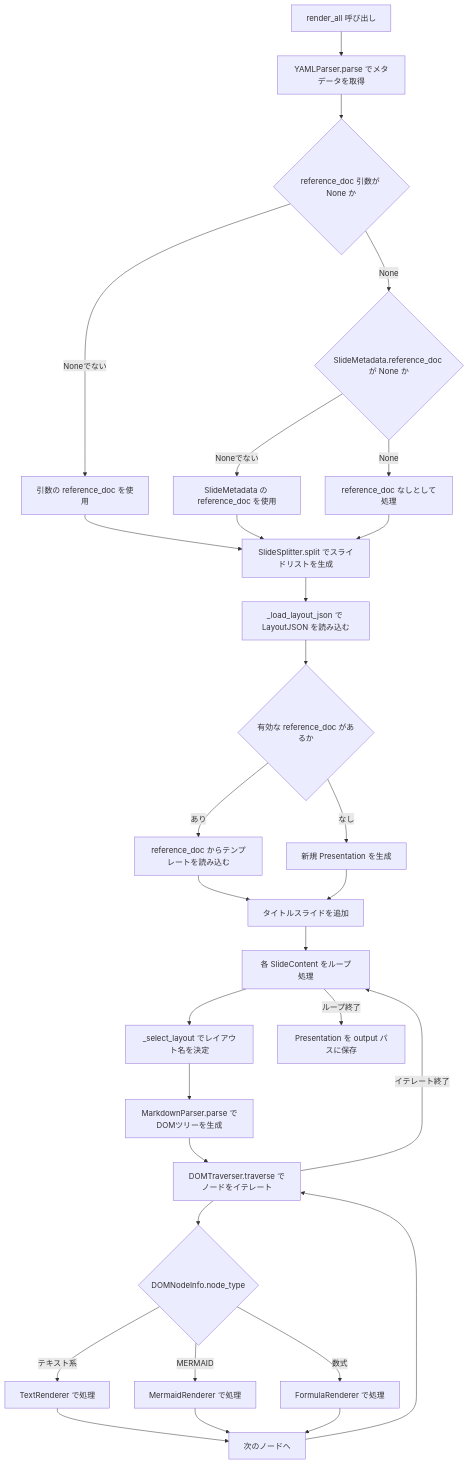
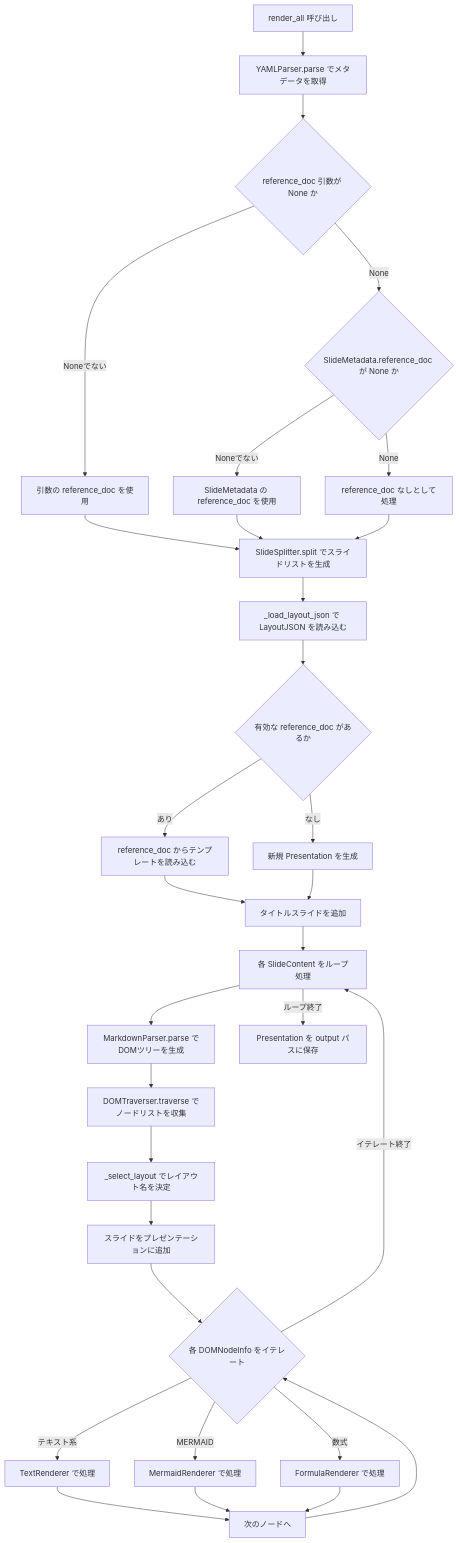
The fifth of 6 diagrams in docs/CLASS_IMPLEMENT_DESIGN.md (notfolder/qmd_to_pptx), drawn with Mermaid before and after one commit. The commit also changed other lines of this file, not shown here.

Commit message:
_select_layout メソッドにノードリスト引数を追加し、レイアウト自動選択ルールを改善。スライド生成フローを更新し、ノード収集処理を明確化。

````diff
--- a/docs/CLASS_IMPLEMENT_DESIGN.md
+++ b/docs/CLASS_IMPLEMENT_DESIGN.md
@@ -520,32 +520,33 @@
 ```mermaid
 flowchart TD
     A[render_all 呼び出し] --> B[YAMLParser.parse でメタデータを取得]
     B --> C{reference_doc 引数が None か}
     C -- Noneでない --> D[引数の reference_doc を使用]
     C -- None --> E{SlideMetadata.reference_doc が None か}
     E -- Noneでない --> F[SlideMetadata の reference_doc を使用]
     E -- None --> G[reference_doc なしとして処理]
     D --> H
     F --> H
     G --> H[SlideSplitter.split でスライドリストを生成]
     H --> I[_load_layout_json で LayoutJSON を読み込む]
     I --> J{有効な reference_doc があるか}
     J -- あり --> K[reference_doc からテンプレートを読み込む]
     J -- なし --> L[新規 Presentation を生成]
     K --> M
     L --> M[タイトルスライドを追加]
     M --> N[各 SlideContent をループ処理]
-    N --> O[_select_layout でレイアウト名を決定]
-    O --> P[MarkdownParser.parse でDOMツリーを生成]
-    P --> Q[DOMTraverser.traverse でノードをイテレート]
-    Q --> R{DOMNodeInfo.node_type}
+    N --> P[MarkdownParser.parse でDOMツリーを生成]
+    P --> Q[DOMTraverser.traverse でノードリストを収集]
+    Q --> O[_select_layout でレイアウト名を決定]
+    O --> X[スライドをプレゼンテーションに追加]
+    X --> R{各 DOMNodeInfo をイテレート}
     R -- テキスト系 --> S[TextRenderer で処理]
     R -- MERMAID --> T[MermaidRenderer で処理]
     R -- 数式 --> U[FormulaRenderer で処理]
     S --> V[次のノードへ]
     T --> V
     U --> V
-    V --> Q
-    Q -- イテレート終了 --> N
+    V --> R
+    R -- イテレート終了 --> N
     N -- ループ終了 --> W[Presentation を output パスに保存]
 ```
````
